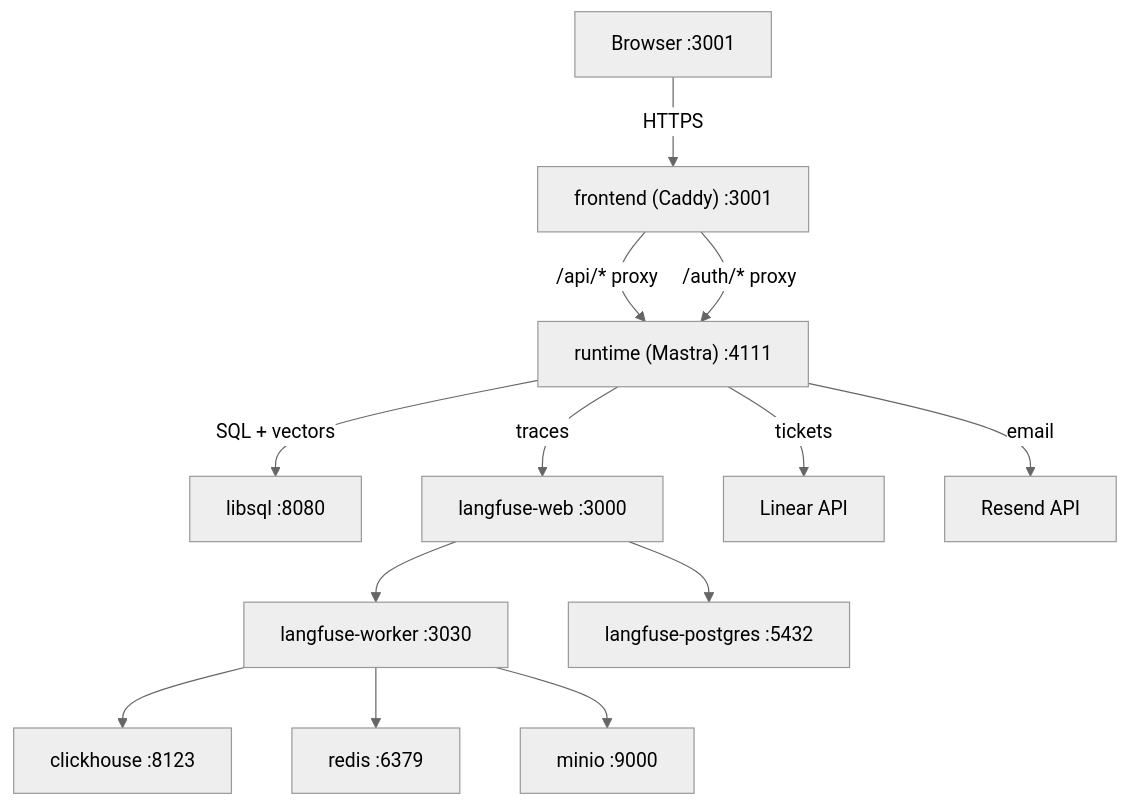
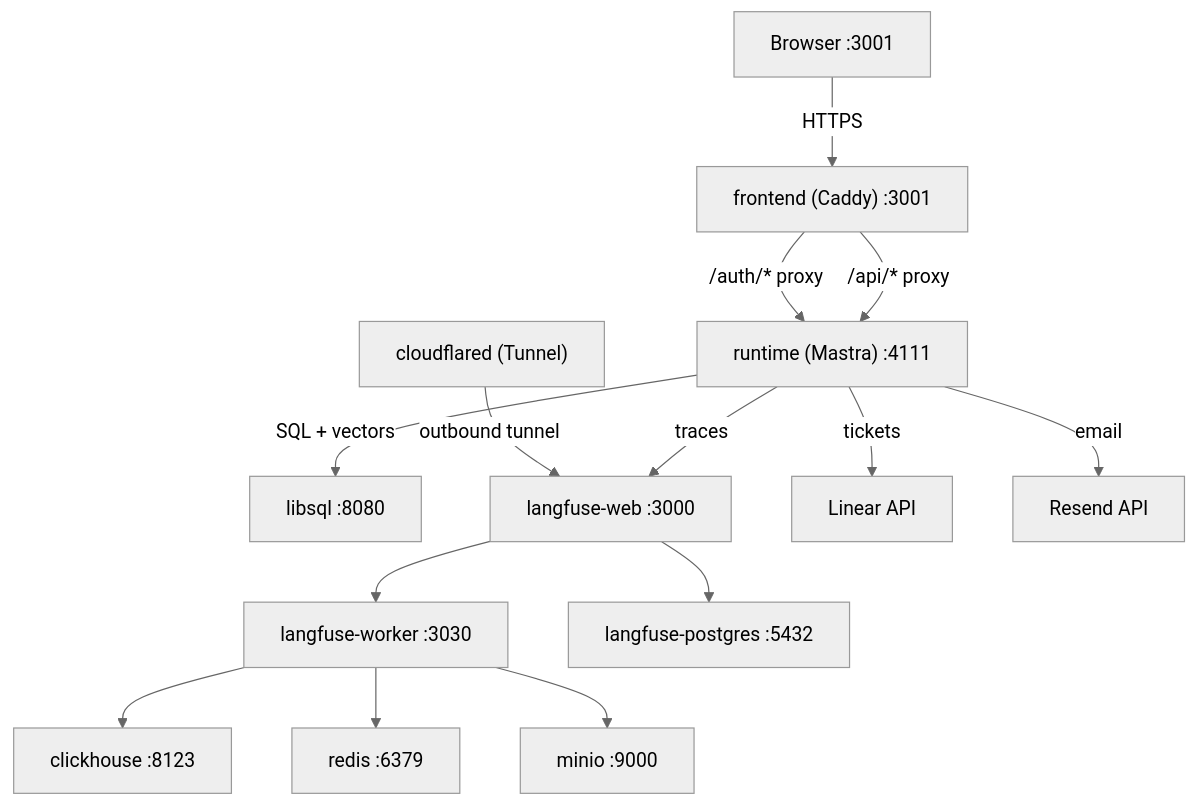
One commit to Agentic-Engineering-Agency/triage changed the diagram in README.md. Above: the diagram before and after it, drawn with Mermaid (neutral theme). The commit also changed other lines of this file and 57 other files, not shown here.

````diff
--- a/README.md
+++ b/README.md
@@ -44,15 +19,16 @@
 ```mermaid
 graph TD
     Browser["Browser :3001"] -->|HTTPS| frontend["frontend (Caddy) :3001"]
     frontend -->|/api/* proxy| runtime["runtime (Mastra) :4111"]
     frontend -->|/auth/* proxy| runtime
     runtime -->|SQL + vectors| libsql["libsql :8080"]
     runtime -->|traces| langfuse-web["langfuse-web :3000"]
     runtime -->|tickets| linear["Linear API"]
     runtime -->|email| resend["Resend API"]
     langfuse-web --> langfuse-worker["langfuse-worker :3030"]
     langfuse-worker --> clickhouse["clickhouse :8123"]
     langfuse-worker --> redis["redis :6379"]
     langfuse-worker --> minio["minio :9000"]
     langfuse-web --> langfuse-postgres["langfuse-postgres :5432"]
+    cloudflared["cloudflared (Tunnel)"] -->|outbound tunnel| langfuse-web
 ```
````
